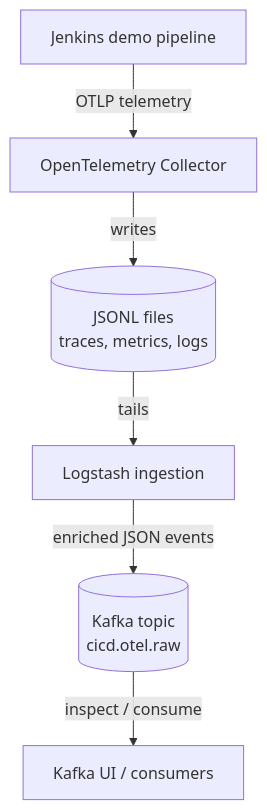
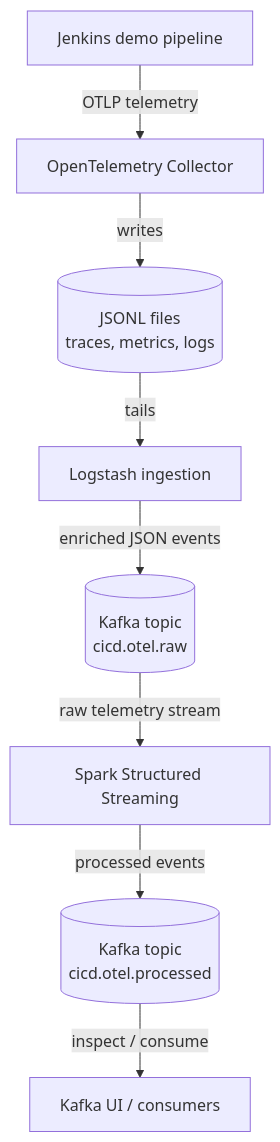
The diagram in docs/00-Pipeline_Overview.md (Darakuu/CI-CD-Observability-Stream), drawn with Mermaid before and after one commit. The commit also changed 2 other files, not shown here.

Commit message:
chore: update docs and add Spark docs

````diff
--- a/docs/00-Pipeline_Overview.md
+++ b/docs/00-Pipeline_Overview.md
@@ -7,15 +7,19 @@
 ```mermaid
 flowchart TD
     Jenkins["Jenkins demo pipeline"]
     OTel["OpenTelemetry Collector"]
     Files[("JSONL files\ntraces, metrics, logs")]
     Logstash["Logstash ingestion"]
-    Kafka[("Kafka topic\ncicd.otel.raw")]
+    RawKafka[("Kafka topic\ncicd.otel.raw")]
+    Spark["Spark Structured Streaming"]
+    ProcessedKafka[("Kafka topic\ncicd.otel.processed")]
     KafkaUI["Kafka UI / consumers"]
 
     Jenkins -->|"OTLP telemetry"| OTel
     OTel -->|"writes"| Files
     Files -->|"tails"| Logstash
-    Logstash -->|"enriched JSON events"| Kafka
-    Kafka -->|"inspect / consume"| KafkaUI
+    Logstash -->|"enriched JSON events"| RawKafka
+    RawKafka -->|"raw telemetry stream"| Spark
+    Spark -->|"processed events"| ProcessedKafka
+    ProcessedKafka -->|"inspect / consume"| KafkaUI
 ```
````
